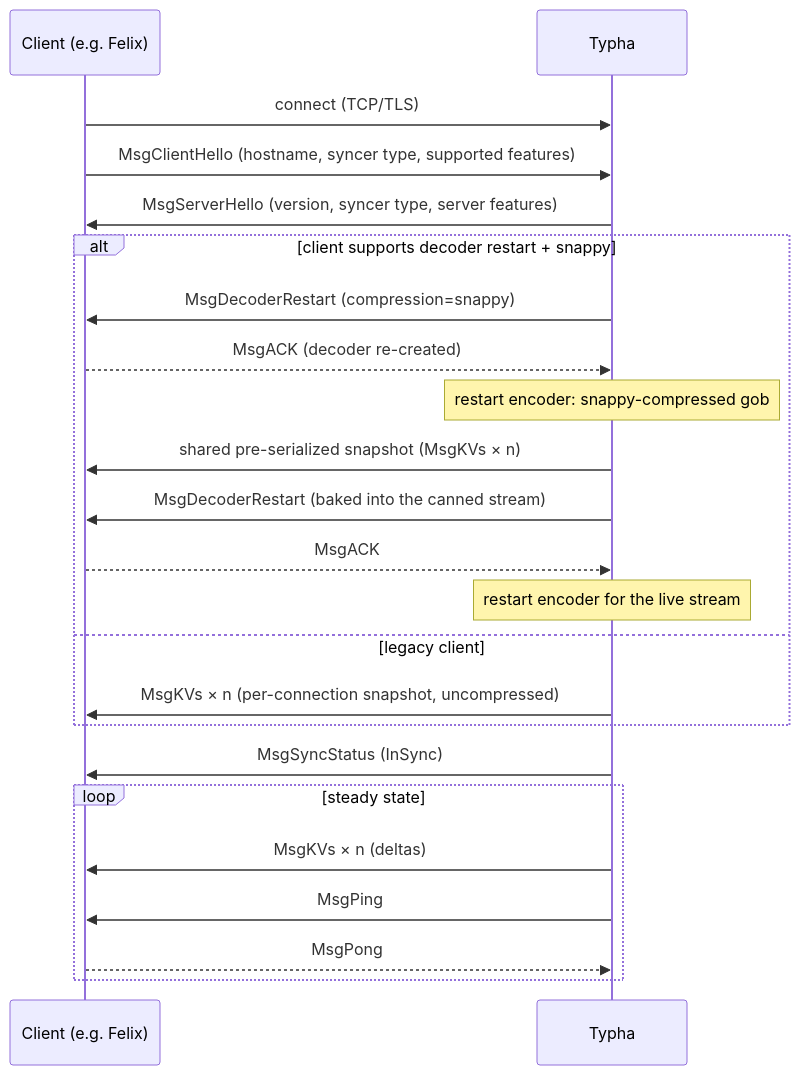
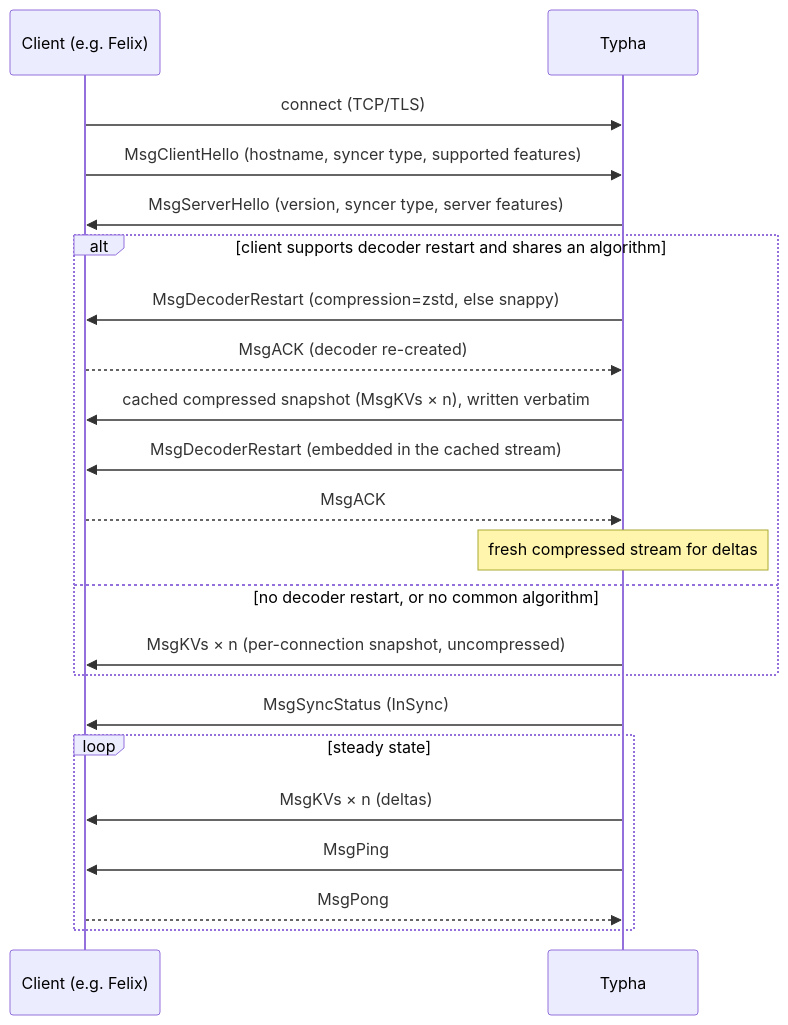
One commit to projectcalico/calico changed the diagram in typha/design/protocol.md. Above: the diagram before and after it, drawn with Mermaid. The commit also changed other lines of this file and 7 other files, not shown here.

````diff
--- a/typha/design/protocol.md
+++ b/typha/design/protocol.md
@@ -37,25 +37,24 @@
 ```mermaid
 sequenceDiagram
     participant C as Client (e.g. Felix)
     participant T as Typha
     C->>T: connect (TCP/TLS)
     C->>T: MsgClientHello (hostname, syncer type, supported features)
     T->>C: MsgServerHello (version, syncer type, server features)
-    alt client supports decoder restart + snappy
-        T->>C: MsgDecoderRestart (compression=snappy)
+    alt client supports decoder restart and shares an algorithm
+        T->>C: MsgDecoderRestart (compression=zstd, else snappy)
         C-->>T: MsgACK (decoder re-created)
-        Note over T: restart encoder: snappy-compressed gob
-        T->>C: shared pre-serialized snapshot (MsgKVs × n)
-        T->>C: MsgDecoderRestart (baked into the canned stream)
+        T->>C: cached compressed snapshot (MsgKVs × n), written verbatim
+        T->>C: MsgDecoderRestart (embedded in the cached stream)
         C-->>T: MsgACK
-        Note over T: restart encoder for the live stream
-    else legacy client
+        Note over T: fresh compressed stream for deltas
+    else no decoder restart, or no common algorithm
         T->>C: MsgKVs × n (per-connection snapshot, uncompressed)
     end
     T->>C: MsgSyncStatus (InSync)
     loop steady state
         T->>C: MsgKVs × n (deltas)
         T->>C: MsgPing
         C-->>T: MsgPong
     end
 ```
````
